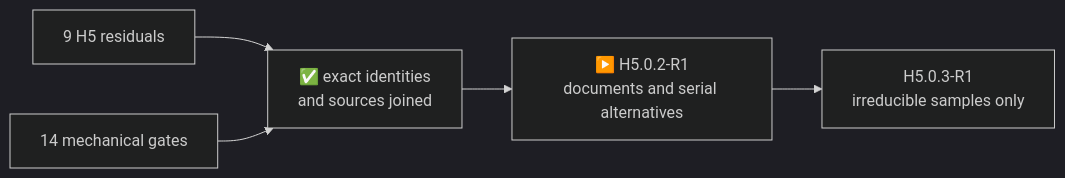
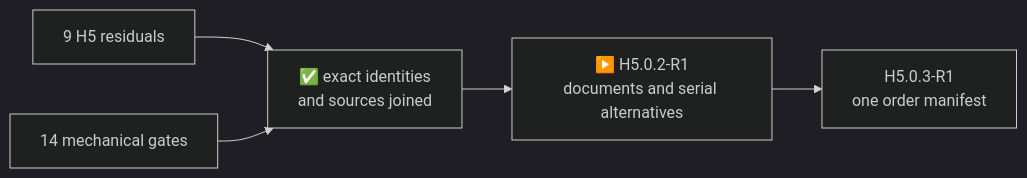
The diagram in docs/component-evidence-map.md (anton-vinogradov/esp32-leshy2), drawn with Mermaid (dark theme) before and after one commit. The commit also changed other lines of this file and 147 other files, not shown here.

````diff
--- a/docs/component-evidence-map.md
+++ b/docs/component-evidence-map.md
@@ -7,7 +7,7 @@
 ```mermaid
 flowchart LR
   R["9 H5 residuals"] --> M["✅ exact identities<br/>and sources joined"]
   G["14 mechanical gates"] --> M
   M --> S["▶️ H5.0.2-R1<br/>documents and serial alternatives"]
-  S --> P["H5.0.3-R1<br/>irreducible samples only"]
+  S --> P["H5.0.3-R1<br/>one order manifest"]
 ```
````
